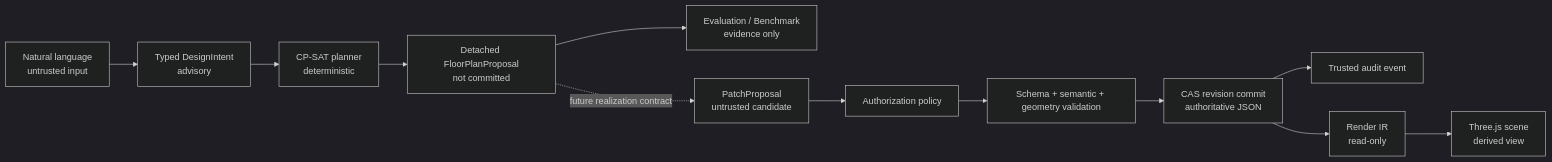
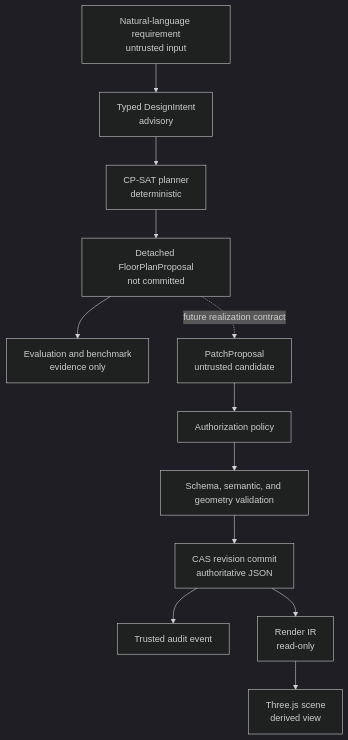
The diagram in README.md (Owenqi666/AI_Parametric_Architect), drawn with Mermaid (dark theme) before and after one commit. The commit also changed other lines of this file, not shown here.

````diff
--- a/README.md
+++ b/README.md
@@ -23,15 +17,27 @@
 ```mermaid
-flowchart LR
-  A["Natural language<br/>untrusted input"] --> B["Typed DesignIntent<br/>advisory"]
-  B --> C["CP-SAT planner<br/>deterministic"]
-  C --> D["Detached FloorPlanProposal<br/>not committed"]
-  D --> E["Evaluation / Benchmark<br/>evidence only"]
+flowchart TD
+    A["Natural-language requirement<br/>untrusted input"]
+    B["Typed DesignIntent<br/>advisory"]
+    C["CP-SAT planner<br/>deterministic"]
+    D["Detached FloorPlanProposal<br/>not committed"]
+    E["Evaluation and benchmark<br/>evidence only"]
+    F["PatchProposal<br/>untrusted candidate"]
+    G["Authorization policy"]
+    H["Schema, semantic, and geometry validation"]
+    I["CAS revision commit<br/>authoritative JSON"]
+    J["Trusted audit event"]
+    K["Render IR<br/>read-only"]
+    L["Three.js scene<br/>derived view"]
 
-  D -. "future realization contract" .-> F["PatchProposal<br/>untrusted candidate"]
-  F --> G["Authorization policy"]
-  G --> H["Schema + semantic + geometry validation"]
-  H --> I["CAS revision commit<br/>authoritative JSON"]
-  I --> J["Trusted audit event"]
-  I --> K["Render IR<br/>read-only"]
-  K --> L["Three.js scene<br/>derived view"]
+    A --> B
+    B --> C
+    C --> D
+    D --> E
+    D -. "future realization contract" .-> F
+    F --> G
+    G --> H
+    H --> I
+    I --> J
+    I --> K
+    K --> L
 ```
````
